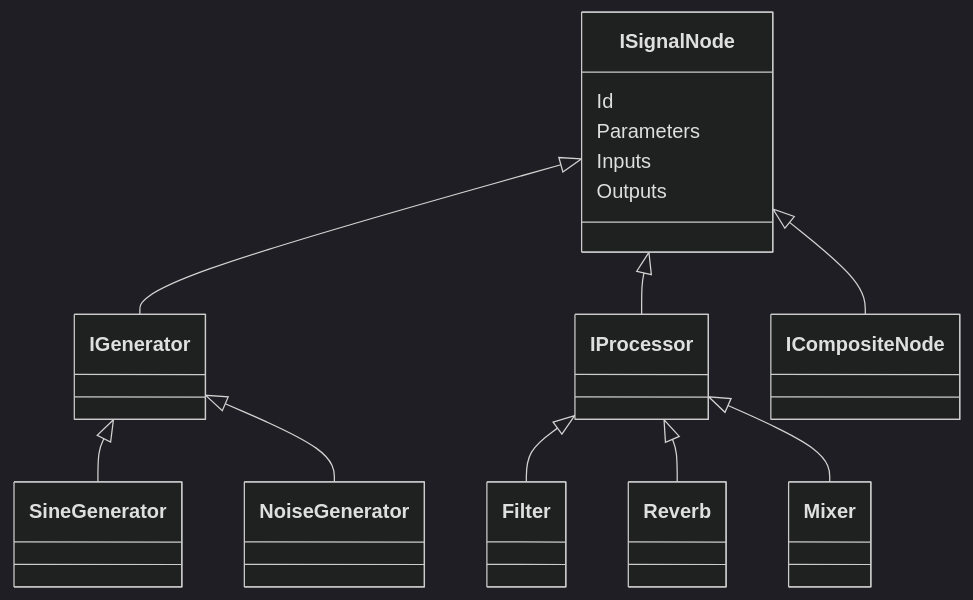
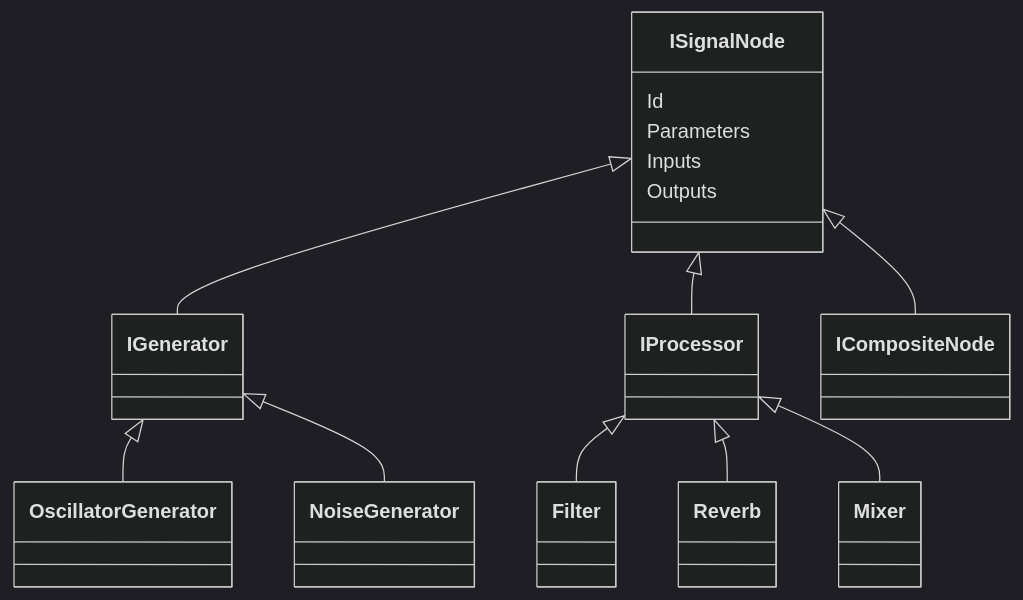
Before and after one commit to wgabel/orbit2: the first of 16 diagrams in ORBIT2-ARCHITECTURE.md, drawn with Mermaid (dark theme). The commit also changed other lines of this file and 35 other files, not shown here.

Commit message:
Replace sine-only generator with reusable selectable oscillator waveforms

```diff
--- a/ORBIT2-ARCHITECTURE.md
+++ b/ORBIT2-ARCHITECTURE.md
@@ -89,17 +89,17 @@
 ~~~mermaid
 classDiagram
     class ISignalNode {
         Id
         Parameters
         Inputs
         Outputs
     }
     ISignalNode <|-- IGenerator
     ISignalNode <|-- IProcessor
     ISignalNode <|-- ICompositeNode
-    IGenerator <|-- SineGenerator
+    IGenerator <|-- OscillatorGenerator
     IGenerator <|-- NoiseGenerator
     IProcessor <|-- Filter
     IProcessor <|-- Reverb
     IProcessor <|-- Mixer
 ~~~
```
